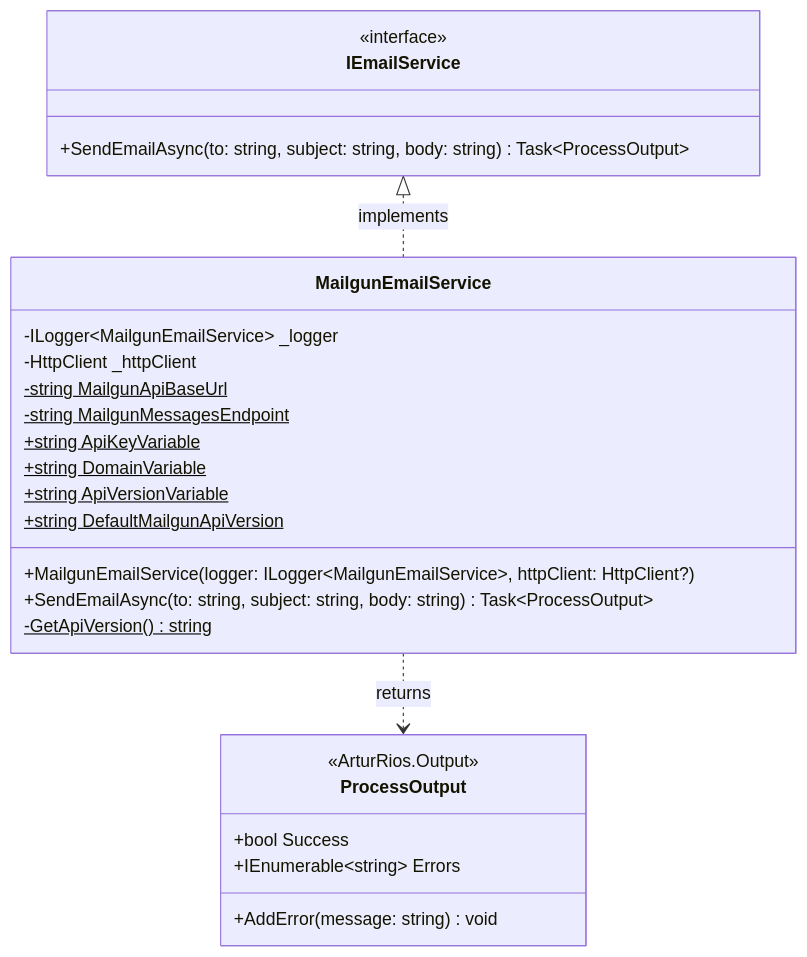
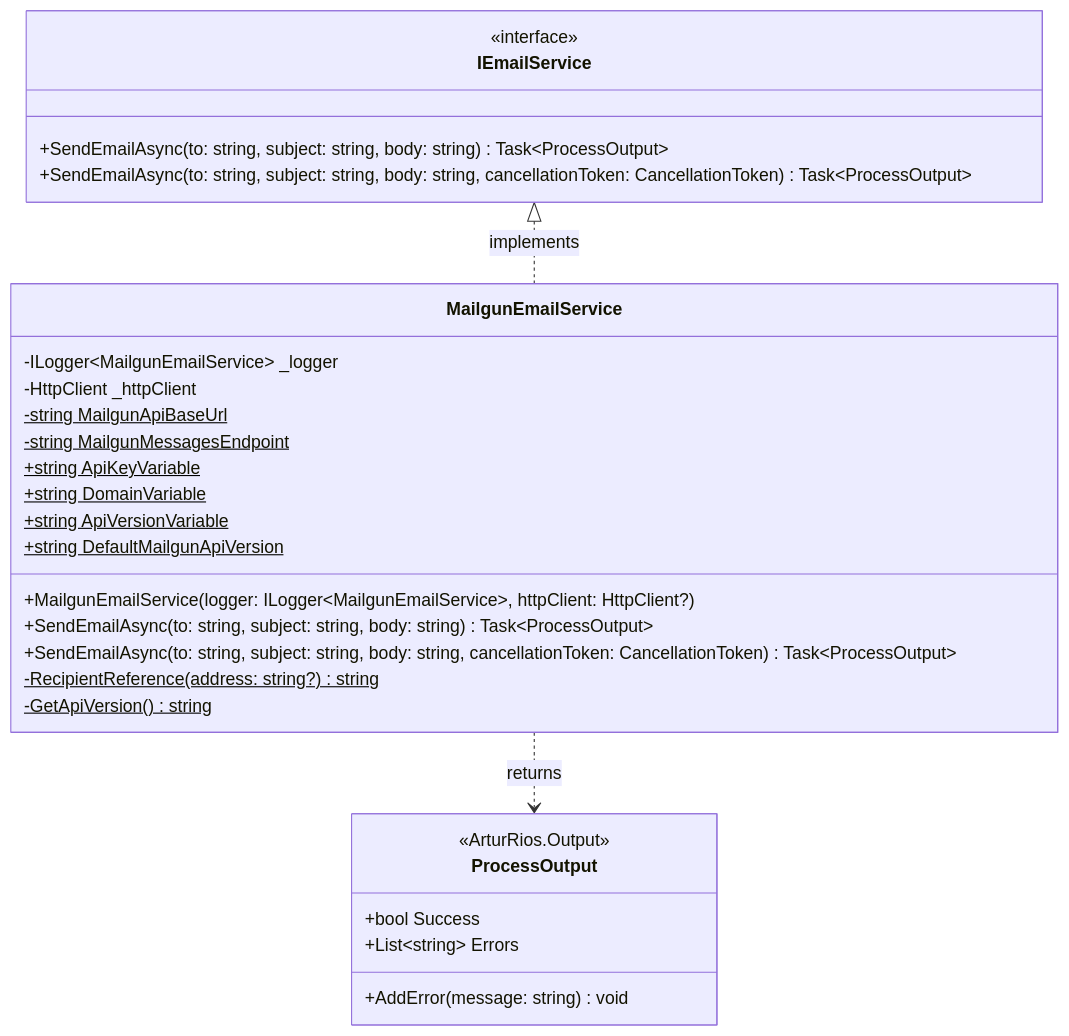
Before and after one commit to artur-rios/dotnet-messaging: the diagram in README.md, drawn with Mermaid. The commit also changed other lines of this file and 8 other files, not shown here.

````diff
--- a/README.md
+++ b/README.md
@@ -115,31 +139,34 @@
 ```mermaid
 classDiagram
     class IEmailService {
         <<interface>>
         +SendEmailAsync(to: string, subject: string, body: string) Task~ProcessOutput~
+        +SendEmailAsync(to: string, subject: string, body: string, cancellationToken: CancellationToken) Task~ProcessOutput~
     }
 
     class MailgunEmailService {
         -ILogger~MailgunEmailService~ _logger
         -HttpClient _httpClient
         -string MailgunApiBaseUrl$
         -string MailgunMessagesEndpoint$
         +string ApiKeyVariable$
         +string DomainVariable$
         +string ApiVersionVariable$
         +string DefaultMailgunApiVersion$
         +MailgunEmailService(logger: ILogger~MailgunEmailService~, httpClient: HttpClient?)
         +SendEmailAsync(to: string, subject: string, body: string) Task~ProcessOutput~
+        +SendEmailAsync(to: string, subject: string, body: string, cancellationToken: CancellationToken) Task~ProcessOutput~
+        -RecipientReference(address: string?) string$
         -GetApiVersion() string$
     }
 
     class ProcessOutput {
         <<ArturRios.Output>>
         +bool Success
-        +IEnumerable~string~ Errors
+        +List~string~ Errors
         +AddError(message: string) void
     }
 
     IEmailService <|.. MailgunEmailService : implements
     MailgunEmailService ..> ProcessOutput : returns
 ```
````
